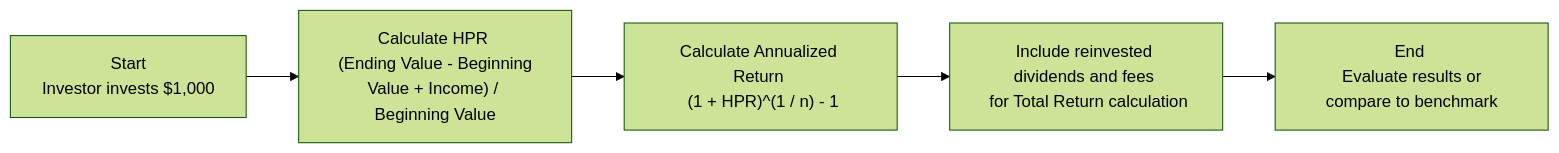
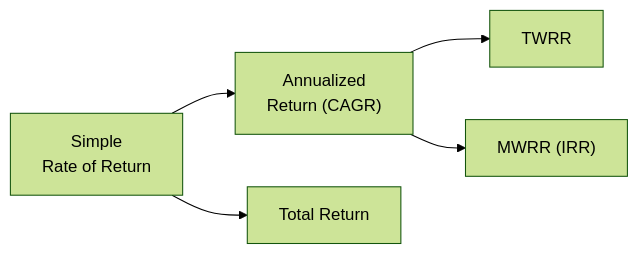
The second of 2 diagrams in content/ifc/8/3/index.md (MasteryEducation/SecuritiesExamsMastery.ca), drawn with Mermaid (forest theme) before and after one commit. The commit also changed other lines of this file and 130 other files, not shown here.

````diff
--- a/content/ifc/8/3/index.md
+++ b/content/ifc/8/3/index.md
@@ -127,13 +299,7 @@
 ```mermaid
 flowchart LR
-    A["Start <br/> Investor invests $1,000"]
-    B["Calculate HPR <br/> (Ending Value - Beginning Value + Income) / Beginning Value"]
-    C["Calculate Annualized Return <br/> (1 + HPR)^(1 / n) - 1"]
-    D["Include reinvested dividends and fees <br/> for Total Return calculation"]
-    E["End <br/> Evaluate results or compare to benchmark"]
-
-    A --> B
-    B --> C
-    C --> D
-    D --> E
+    A["Simple <br/> Rate of Return"] --> B["Annualized <br/> Return (CAGR)"];
+    A --> C["Total Return"];
+    B --> D["TWRR"];
+    B --> E["MWRR (IRR)"];
 ```
````
